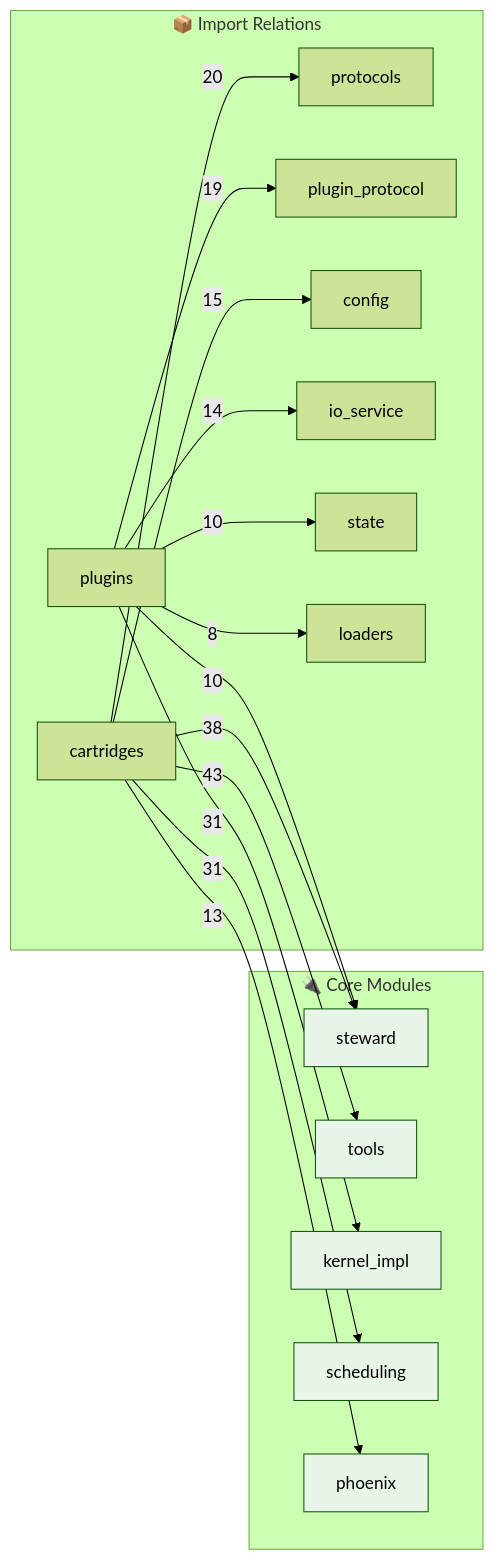
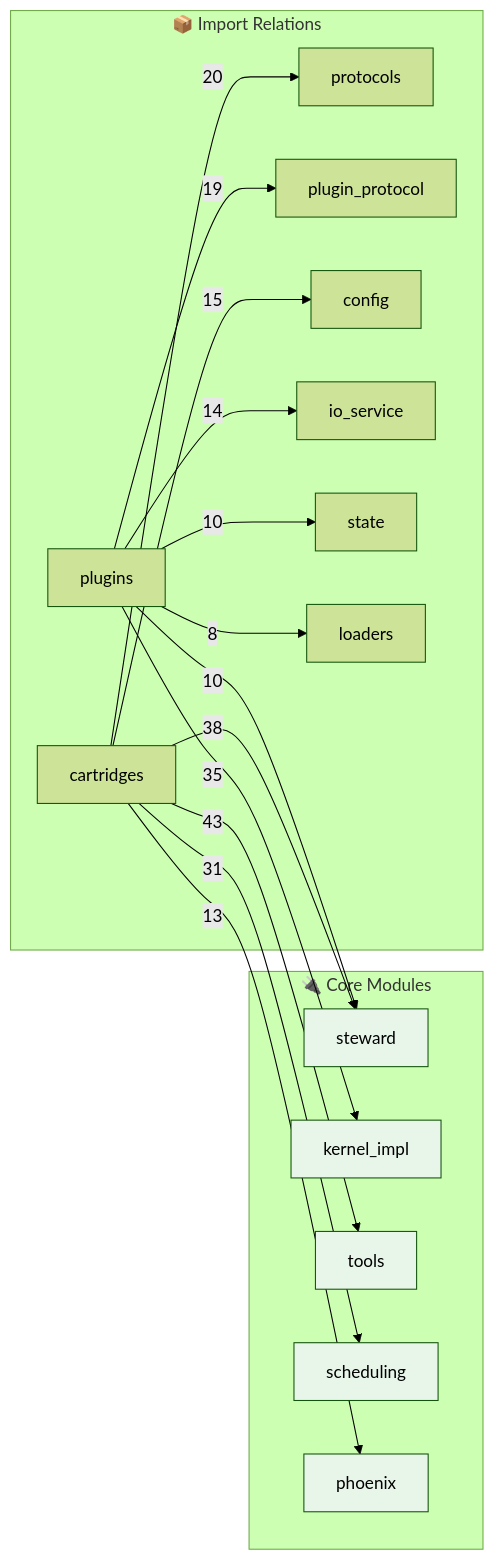
Before and after one commit to kimeisele/steward-protocol: the second of 2 diagrams in OPUS.md, drawn with Mermaid (forest theme). The commit also changed other lines of this file and 13 other files, not shown here.

````diff
--- a/OPUS.md
+++ b/OPUS.md
@@ -382,31 +399,31 @@
 ```mermaid
 flowchart LR
     subgraph Core["🔌 Core Modules"]
         steward[steward]
+        kernel_impl[kernel_impl]
         tools[tools]
-        kernel_impl[kernel_impl]
         scheduling[scheduling]
         phoenix[phoenix]
     end
 
     subgraph Edges["📦 Import Relations"]
         cartridges -->|43| tools
         cartridges -->|38| steward
+        plugins -->|35| kernel_impl
         cartridges -->|31| scheduling
-        plugins -->|31| kernel_impl
         cartridges -->|20| protocols
         plugins -->|19| plugin_protocol
         cartridges -->|15| config
         plugins -->|14| io_service
         cartridges -->|13| phoenix
         plugins -->|10| state
         plugins -->|10| steward
         plugins -->|8| loaders
     end
 
     style steward fill:#e8f5e9
+    style kernel_impl fill:#e8f5e9
     style tools fill:#e8f5e9
-    style kernel_impl fill:#e8f5e9
     style scheduling fill:#e8f5e9
     style phoenix fill:#e8f5e9
 ```
````
